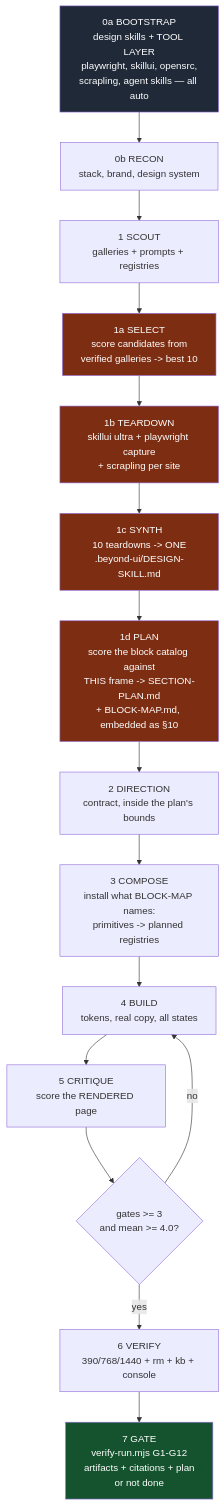
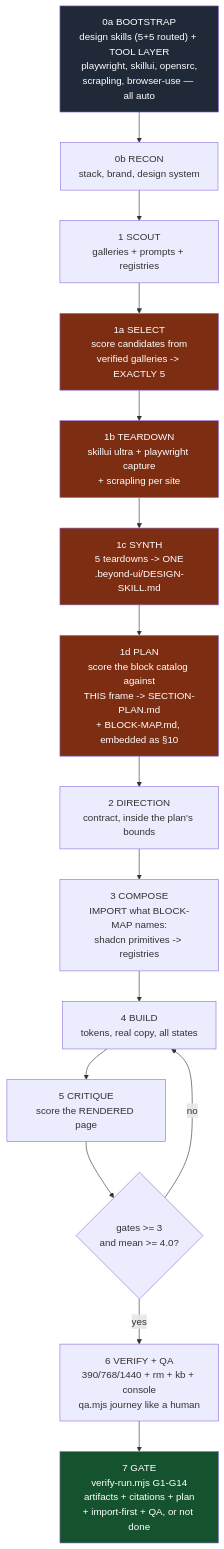
The first of 6 diagrams in beyond-ui/README.md (Jeetaksh25/AgentSkills), drawn with Mermaid before and after one commit. The commit also changed other lines of this file and 15 other files, not shown here.

````diff
--- a/beyond-ui/README.md
+++ b/beyond-ui/README.md
@@ -31,24 +32,24 @@
 ```mermaid
 flowchart TD
-    A["0a BOOTSTRAP<br/>design skills + TOOL LAYER<br/>playwright, skillui, opensrc,<br/>scrapling, agent skills — all auto"] --> B["0b RECON<br/>stack, brand, design system"]
+    A["0a BOOTSTRAP<br/>design skills (5+5 routed) + TOOL LAYER<br/>playwright, skillui, opensrc,<br/>scrapling, browser-use — all auto"] --> B["0b RECON<br/>stack, brand, design system"]
     B --> C["1 SCOUT<br/>galleries + prompts + registries"]
-    C --> S1["1a SELECT<br/>score candidates from<br/>verified galleries -> best 10"]
+    C --> S1["1a SELECT<br/>score candidates from<br/>verified galleries -> EXACTLY 5"]
     S1 --> S2["1b TEARDOWN<br/>skillui ultra + playwright capture<br/>+ scrapling per site"]
-    S2 --> S3["1c SYNTH<br/>10 teardowns -> ONE<br/>.beyond-ui/DESIGN-SKILL.md"]
+    S2 --> S3["1c SYNTH<br/>5 teardowns -> ONE<br/>.beyond-ui/DESIGN-SKILL.md"]
     S3 --> S4["1d PLAN<br/>score the block catalog against<br/>THIS frame -> SECTION-PLAN.md<br/>+ BLOCK-MAP.md, embedded as §10"]
     S4 --> D["2 DIRECTION<br/>contract, inside the plan's bounds"]
-    D --> E["3 COMPOSE<br/>install what BLOCK-MAP names:<br/>primitives -> planned registries"]
+    D --> E["3 COMPOSE<br/>IMPORT what BLOCK-MAP names:<br/>shadcn primitives -> registries"]
     E --> F["4 BUILD<br/>tokens, real copy, all states"]
     F --> G["5 CRITIQUE<br/>score the RENDERED page"]
     G --> H{"gates >= 3<br/>and mean >= 4.0?"}
     H -- no --> F
-    H -- yes --> I["6 VERIFY<br/>390/768/1440 + rm + kb + console"]
-    I --> J["7 GATE<br/>verify-run.mjs G1-G12<br/>artifacts + citations + plan<br/>or not done"]
+    H -- yes --> I["6 VERIFY + QA<br/>390/768/1440 + rm + kb + console<br/>qa.mjs journey like a human"]
+    I --> J["7 GATE<br/>verify-run.mjs G1-G14<br/>artifacts + citations + plan<br/>+ import-first + QA, or not done"]
 
     style A fill:#1f2937,color:#fff
     style S1 fill:#7c2d12,color:#fff
     style S2 fill:#7c2d12,color:#fff
     style S3 fill:#7c2d12,color:#fff
     style S4 fill:#7c2d12,color:#fff
     style J fill:#14532d,color:#fff
 ```
````
